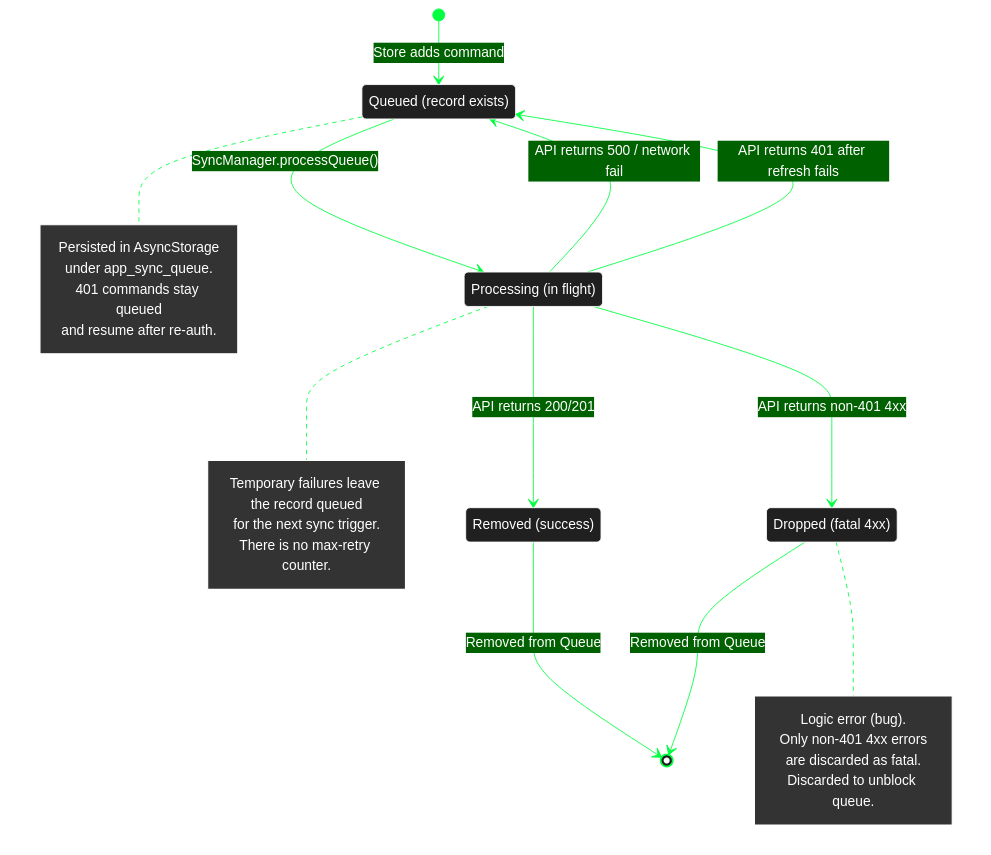
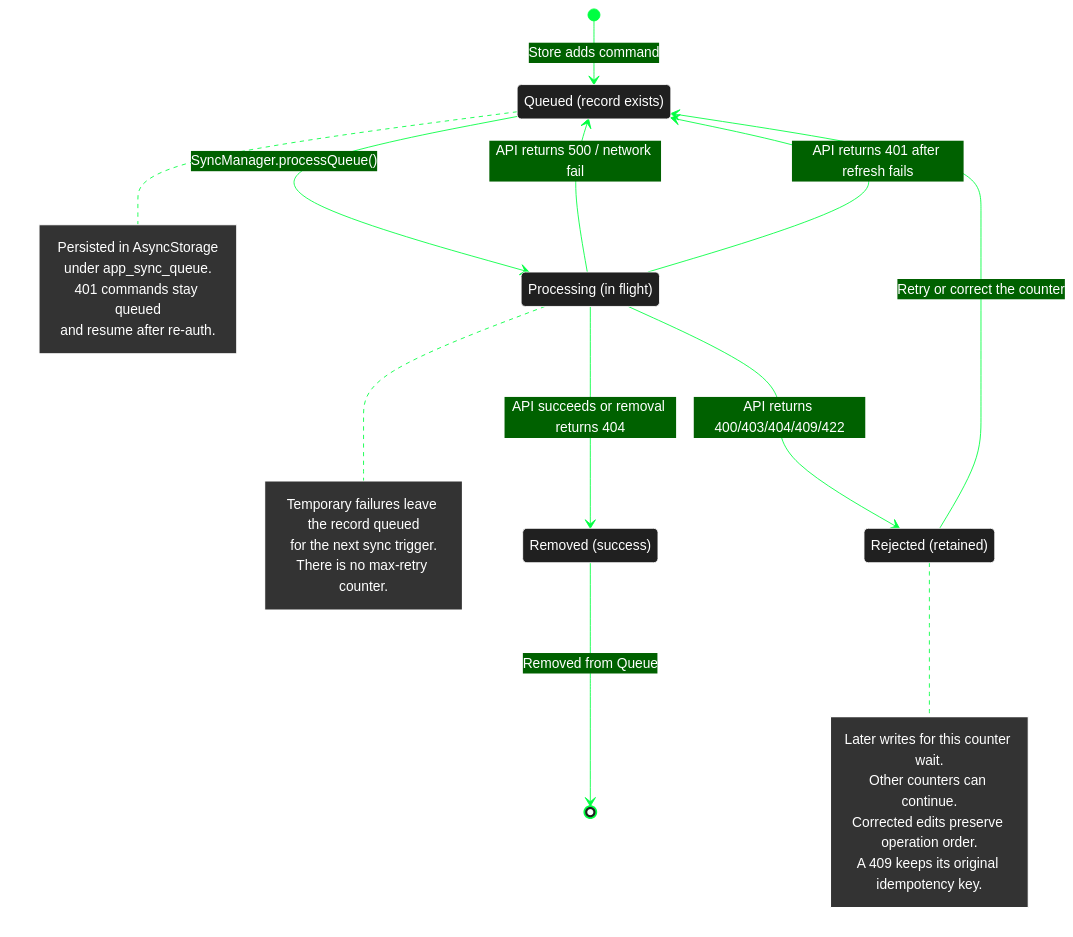
One commit to michaelgreenl/tally-tracker changed the diagram in docs/diagrams/lifecycle/mutation-command.md. Above: the diagram before and after it, drawn with Mermaid. The commit also changed other lines of this file and 32 other files, not shown here.

````diff
--- a/docs/diagrams/lifecycle/mutation-command.md
+++ b/docs/diagrams/lifecycle/mutation-command.md
@@ -5,56 +5,56 @@
 ```mermaid
 %%{
   init: {
     'theme': 'base',
     'themeVariables': {
       'primaryColor': '#202020',
       'primaryTextColor': '#fff',
       'primaryBorderColor': '#ffffff',
       'lineColor': '#00ff41',
       'secondaryColor': '#006100',
       'tertiaryColor': '#fff',
       'noteBkgColor': '#333',
       'noteTextColor': '#fff',
       'noteBorderColor': '#fff'
     }
   }
 }%%
 
 stateDiagram-v2
     [*] --> Pending: Store adds command
 
     state "Queued (record exists)" as Pending
     state "Processing (in flight)" as Processing
     state "Removed (success)" as Completed
-    state "Dropped (fatal 4xx)" as Dropped
+    state "Rejected (retained)" as Rejected
 
     Pending --> Processing: SyncManager.processQueue()
 
-    Processing --> Completed: API returns 200/201
+    Processing --> Completed: API succeeds or removal returns 404
     Processing --> Pending: API returns 500 / network fail
     Processing --> Pending: API returns 401 after refresh fails
-    Processing --> Dropped: API returns non-401 4xx
+    Processing --> Rejected: API returns 400/403/404/409/422
+    Rejected --> Pending: Retry or correct the counter
 
     Completed --> [*]: Removed from Queue
-    Dropped --> [*]: Removed from Queue
 
     note right of Pending
         Persisted in AsyncStorage
         under app_sync_queue.
         401 commands stay queued
         and resume after re-auth.
     end note
 
     note right of Processing
         Temporary failures leave the record queued
         for the next sync trigger.
         There is no max-retry counter.
     end note
 
-    note right of Dropped
-        Logic error (bug).
-        Only non-401 4xx errors
-        are discarded as fatal.
-        Discarded to unblock queue.
+    note right of Rejected
+        Later writes for this counter wait.
+        Other counters can continue.
+        Corrected edits preserve operation order.
+        A 409 keeps its original idempotency key.
     end note
 ```
````
